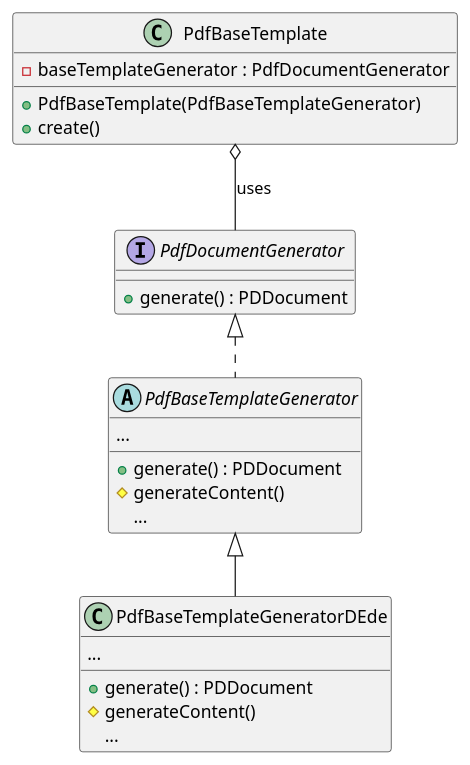
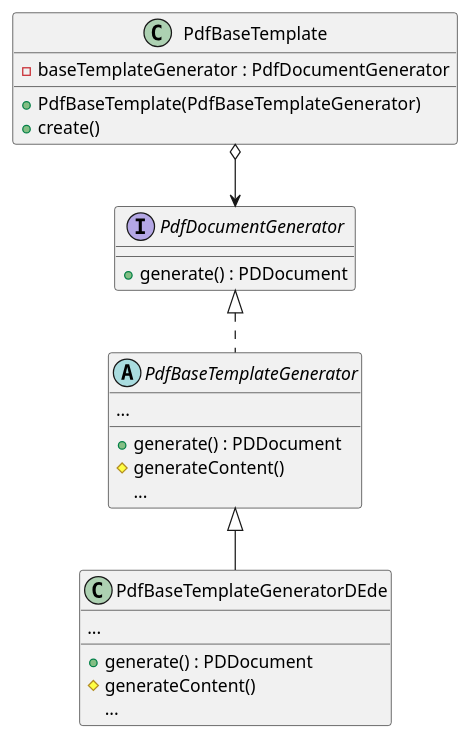
One commit to joheiss/java-pdfdoc-playground changed the diagram in src/main/java/com/jovisco/pdf/diagrams/PdfBaseTemplate.puml. Above: the diagram before and after it, drawn with PlantUML. The commit also changed 2 other files, not shown here.

```diff
--- a/src/main/java/com/jovisco/pdf/diagrams/PdfBaseTemplate.puml
+++ b/src/main/java/com/jovisco/pdf/diagrams/PdfBaseTemplate.puml
@@ -1,34 +1,34 @@
 @startuml
 skinparam nodesep 50
 skinparam ranksep 50
 skinparam class {
   BackgroundColor<<interface>> #ffccff
   BackgroundColor<<abstract>> #ccccff
 }
 
 class PdfBaseTemplate {
     {field} - baseTemplateGenerator : PdfDocumentGenerator
     + PdfBaseTemplate(PdfBaseTemplateGenerator)
     + create()
 }
 
 interface PdfDocumentGenerator {
     + generate() : PDDocument
 }
 
 abstract class PdfBaseTemplateGenerator implements PdfDocumentGenerator {
     ...
     + generate() : PDDocument
     # generateContent()
     {method} ...
 }
 class PdfBaseTemplateGeneratorDEde extends PdfBaseTemplateGenerator {
     ...
     + generate() : PDDocument
     # generateContent()
     {method} ...
 }
 
-PdfBaseTemplate o-- PdfDocumentGenerator : uses
+PdfBaseTemplate o--> PdfDocumentGenerator
 
 @enduml
```
